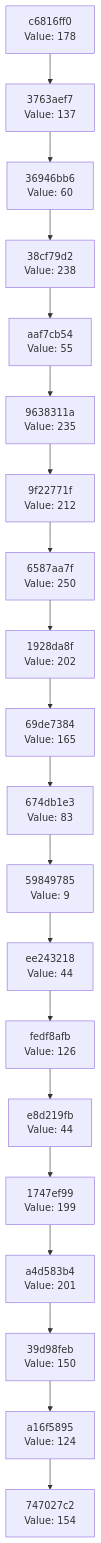
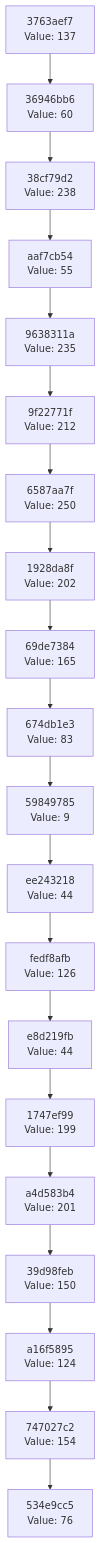
One commit to Abhisheksinha1506/hash-chain-evolver changed the diagram in docs/CHAIN_VISUALIZATION.md. Above: the diagram before and after it, drawn with Mermaid. The commit also changed 3 other files, not shown here.

````diff
--- a/docs/CHAIN_VISUALIZATION.md
+++ b/docs/CHAIN_VISUALIZATION.md
@@ -3,42 +3,42 @@
 ```mermaid
 graph TD
-    C0["747027c2<br/>Value: 154"]
-    C1["a16f5895<br/>Value: 124"]
+    C0["534e9cc5<br/>Value: 76"]
+    C1["747027c2<br/>Value: 154"]
     C1 --> C0
-    C2["39d98feb<br/>Value: 150"]
+    C2["a16f5895<br/>Value: 124"]
     C2 --> C1
-    C3["a4d583b4<br/>Value: 201"]
+    C3["39d98feb<br/>Value: 150"]
     C3 --> C2
-    C4["1747ef99<br/>Value: 199"]
+    C4["a4d583b4<br/>Value: 201"]
     C4 --> C3
-    C5["e8d219fb<br/>Value: 44"]
+    C5["1747ef99<br/>Value: 199"]
     C5 --> C4
-    C6["fedf8afb<br/>Value: 126"]
+    C6["e8d219fb<br/>Value: 44"]
     C6 --> C5
-    C7["ee243218<br/>Value: 44"]
+    C7["fedf8afb<br/>Value: 126"]
     C7 --> C6
-    C8["59849785<br/>Value: 9"]
+    C8["ee243218<br/>Value: 44"]
     C8 --> C7
-    C9["674db1e3<br/>Value: 83"]
+    C9["59849785<br/>Value: 9"]
     C9 --> C8
-    C10["69de7384<br/>Value: 165"]
+    C10["674db1e3<br/>Value: 83"]
     C10 --> C9
-    C11["1928da8f<br/>Value: 202"]
+    C11["69de7384<br/>Value: 165"]
     C11 --> C10
-    C12["6587aa7f<br/>Value: 250"]
+    C12["1928da8f<br/>Value: 202"]
     C12 --> C11
-    C13["9f22771f<br/>Value: 212"]
+    C13["6587aa7f<br/>Value: 250"]
     C13 --> C12
-    C14["9638311a<br/>Value: 235"]
+    C14["9f22771f<br/>Value: 212"]
     C14 --> C13
-    C15["aaf7cb54<br/>Value: 55"]
+    C15["9638311a<br/>Value: 235"]
     C15 --> C14
-    C16["38cf79d2<br/>Value: 238"]
+    C16["aaf7cb54<br/>Value: 55"]
     C16 --> C15
-    C17["36946bb6<br/>Value: 60"]
+    C17["38cf79d2<br/>Value: 238"]
     C17 --> C16
-    C18["3763aef7<br/>Value: 137"]
+    C18["36946bb6<br/>Value: 60"]
     C18 --> C17
-    C19["c6816ff0<br/>Value: 178"]
+    C19["3763aef7<br/>Value: 137"]
     C19 --> C18
 ```
````
